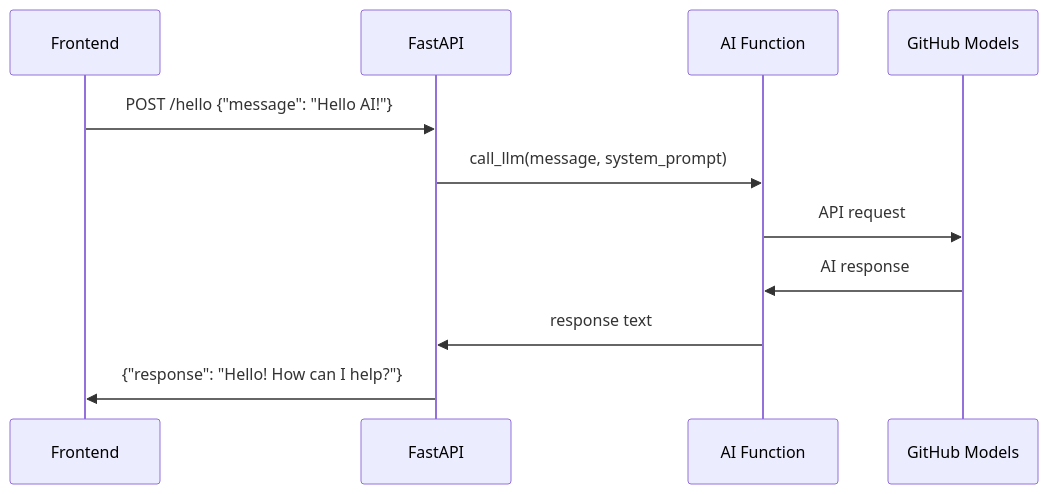
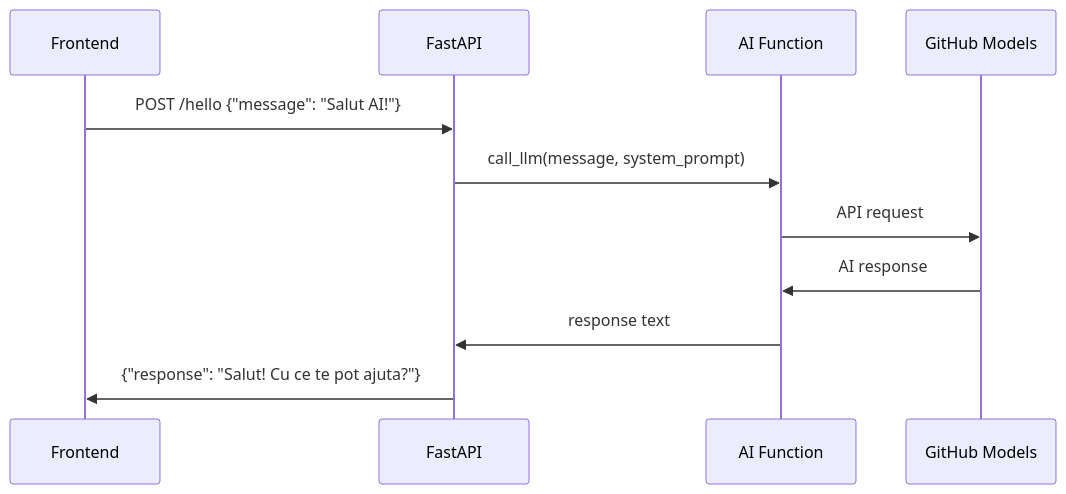
Before and after one commit to microsoft/Web-Dev-For-Beginners: the eighth of 14 diagrams in translations/ro/9-chat-project/README.md, drawn with Mermaid. The commit also changed other lines of this file and 99 other files, not shown here.

````diff
--- a/translations/ro/9-chat-project/README.md
+++ b/translations/ro/9-chat-project/README.md
@@ -516,14 +661,14 @@
 ```mermaid
 sequenceDiagram
     participant Frontend
     participant FastAPI
     participant AI Function
     participant GitHub Models
     
-    Frontend->>FastAPI: POST /hello {"message": "Hello AI!"}
+    Frontend->>FastAPI: POST /hello {"message": "Salut AI!"}
     FastAPI->>AI Function: call_llm(message, system_prompt)
     AI Function->>GitHub Models: API request
     GitHub Models->>AI Function: AI response
     AI Function->>FastAPI: response text
-    FastAPI->>Frontend: {"response": "Hello! How can I help?"}
-```
+    FastAPI->>Frontend: {"response": "Salut! Cu ce te pot ajuta?"}
+```  
````
